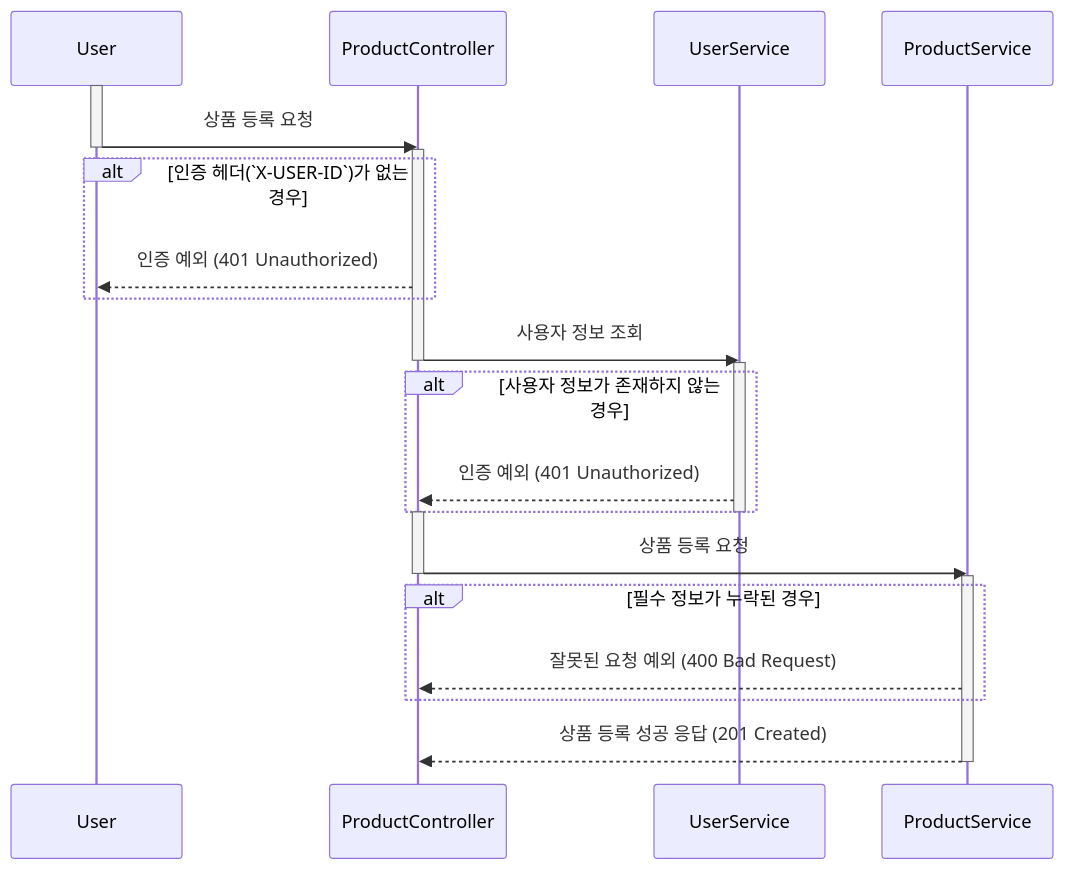
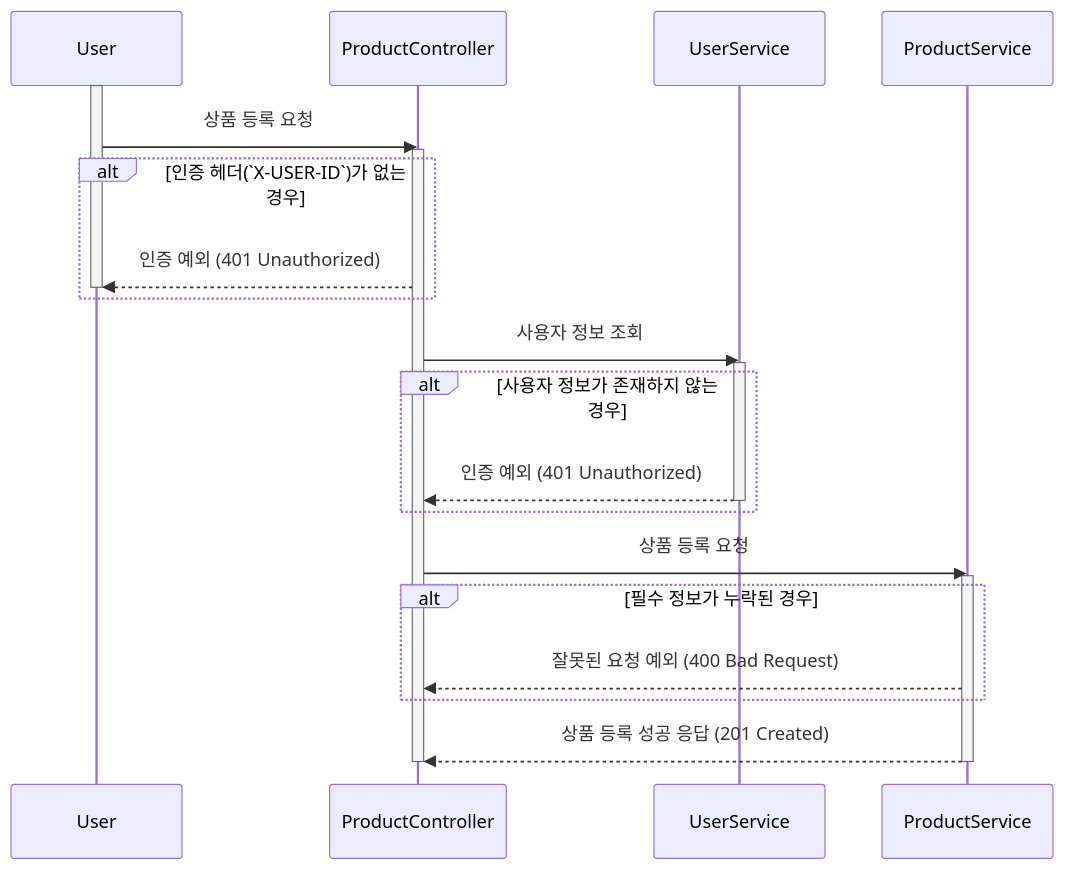
Before and after one commit to kiekk/gamsung-commerce: the third of 3 diagrams in docs/design/02-sequence-diagrams/product.md, drawn with Mermaid. The commit also changed 5 other files, not shown here.

First line of the commit message:
docs: 시퀀스 다이어그램 수정 (2주차 피드백 반영)

````diff
--- a/docs/design/02-sequence-diagrams/product.md
+++ b/docs/design/02-sequence-diagrams/product.md
@@ -47,30 +47,28 @@
 ```mermaid
 sequenceDiagram
     participant User
     participant ProductController
     participant UserService
     participant ProductService
     activate User
     User ->> ProductController: 상품 등록 요청
-    deactivate User
     activate ProductController
     alt 인증 헤더(`X-USER-ID`)가 없는 경우
         ProductController -->> User: 인증 예외 (401 Unauthorized)
+        deactivate User
     end
     ProductController ->> UserService: 사용자 정보 조회
-    deactivate ProductController
     activate UserService
     alt 사용자 정보가 존재하지 않는 경우
         UserService -->> ProductController: 인증 예외 (401 Unauthorized)
+        deactivate UserService
     end
-    deactivate UserService
-    activate ProductController
     ProductController ->> ProductService: 상품 등록 요청
-    deactivate ProductController
     activate ProductService
     alt 필수 정보가 누락된 경우
         ProductService -->> ProductController: 잘못된 요청 예외 (400 Bad Request)
     end
     ProductService -->> ProductController: 상품 등록 성공 응답 (201 Created)
     deactivate ProductService
+    deactivate ProductController
 ```
````
